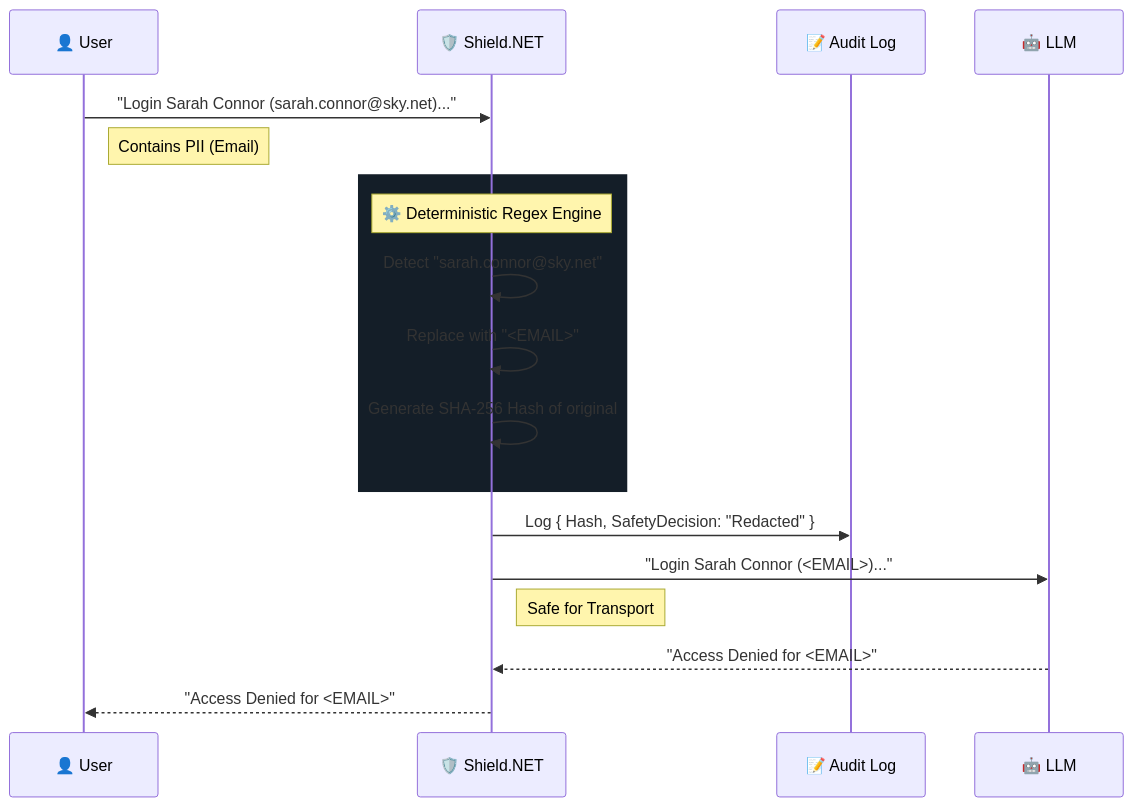
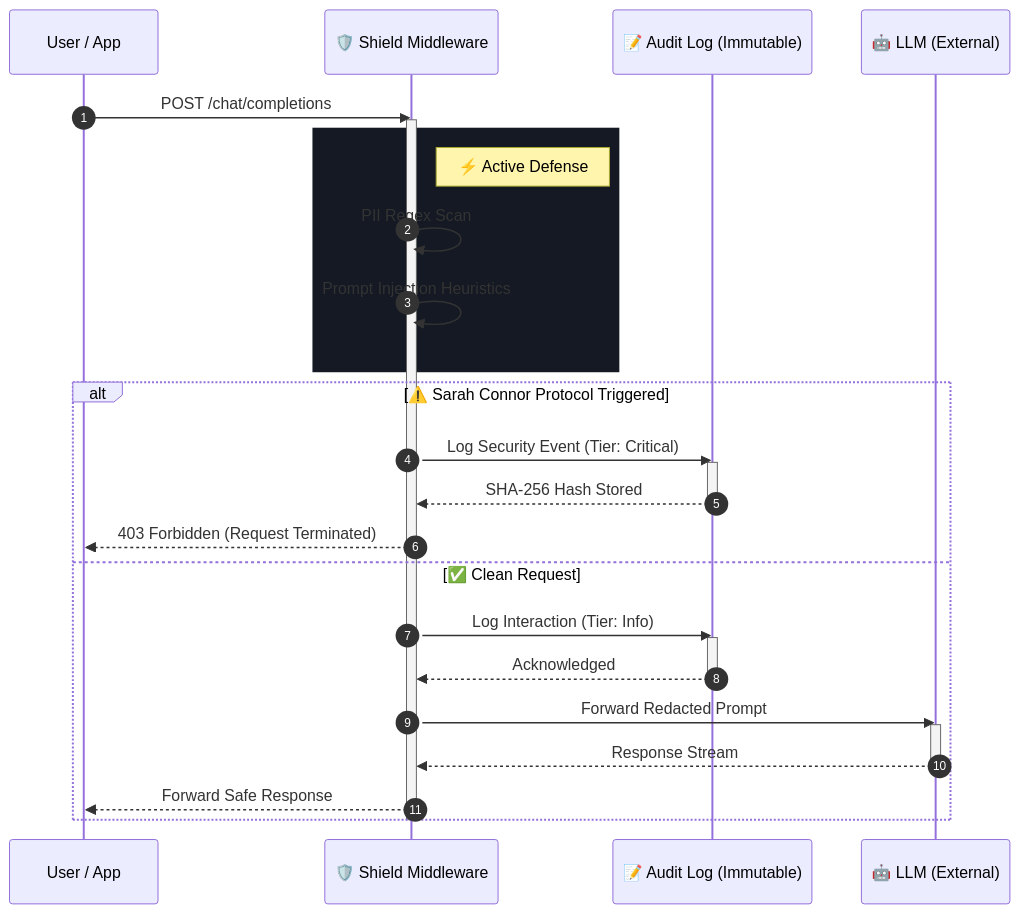
The first of 2 diagrams in README.md (JustinPsHub/Shield.NET), drawn with Mermaid before and after one commit. The commit also changed other lines of this file and 3 other files, not shown here.

````diff
--- a/README.md
+++ b/README.md
@@ -51,24 +27,36 @@
 ```mermaid
 sequenceDiagram
-    participant U as 👤 User
-    participant S as 🛡️ Shield.NET
-    participant L as 📝 Audit Log
-    participant M as 🤖 LLM
+    autonumber
+    participant U as User / App
+    participant S as 🛡️ Shield Middleware
+    participant A as 📝 Audit Log (Immutable)
+    participant L as 🤖 LLM (External)
 
-    U->>S: "Login Sarah Connor (sarah.connor@sky.net)..."
-    Note right of U: Contains PII (Email)
+    U->>S: POST /chat/completions
+    activate S
     
-    rect rgb(20, 30, 40)
-        Note over S: ⚙️ Deterministic Regex Engine
-        S->>S: Detect "sarah.connor@sky.net"
-        S->>S: Replace with "<EMAIL>"
-        S->>S: Generate SHA-256 Hash of original
+    rect rgb(20, 25, 35)
+        note right of S: ⚡ Active Defense
+        S->>S: PII Regex Scan
+        S->>S: Prompt Injection Heuristics
     end
-    
-    S->>L: Log { Hash, SafetyDecision: "Redacted" }
-    S->>M: "Login Sarah Connor (<EMAIL>)..."
-    Note right of S: Safe for Transport
-    
-    M-->>S: "Access Denied for <EMAIL>"
-    S-->>U: "Access Denied for <EMAIL>"
+
+    alt ⚠️ Sarah Connor Protocol Triggered
+        S->>A: Log Security Event (Tier: Critical)
+        activate A
+        A-->>S: SHA-256 Hash Stored
+        deactivate A
+        S-->>U: 403 Forbidden (Request Terminated)
+    else ✅ Clean Request
+        S->>A: Log Interaction (Tier: Info)
+        activate A
+        A-->>S: Acknowledged
+        deactivate A
+        S->>L: Forward Redacted Prompt
+        activate L
+        L-->>S: Response Stream
+        deactivate L
+        S-->>U: Forward Safe Response
+    end
+    deactivate S
 ```
````
